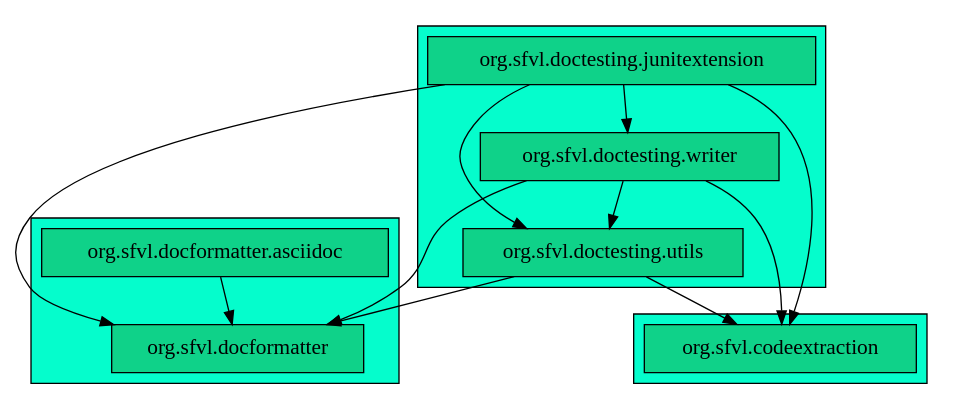
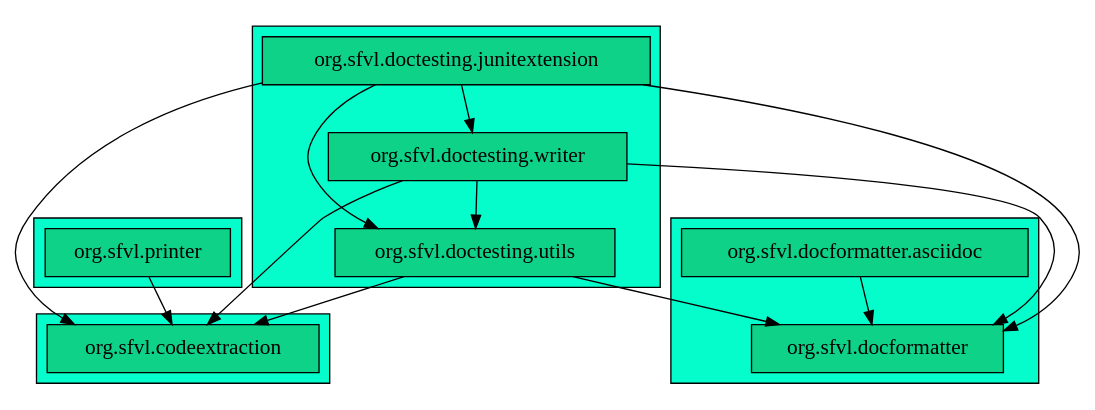
The diagram in documentationtesting/src/test/docs/org/sfvl/development/_ProjectOrganization.package_dependencies.approved.adoc (sfauvel/documentationtesting), drawn with Graphviz before and after one commit. The commit also changed 18 other files, not shown here.

```diff
--- a/documentationtesting/src/test/docs/org/sfvl/development/_ProjectOrganization.package_dependencies.approved.adoc
+++ b/documentationtesting/src/test/docs/org/sfvl/development/_ProjectOrganization.package_dependencies.approved.adoc
@@ -8,33 +8,38 @@
 [graphviz]
 ----
 digraph g {
     rankdir=TD;
     node [margin=0.1 fontcolor=black fontsize=16 width=0.5 shape=rect style=filled fillcolor="#0fd289"]
+    subgraph cluster_printer {
+        bgcolor="#05fdCC";
+        "org.sfvl.printer"
+    }
     subgraph cluster_codeextraction {
         bgcolor="#05fdCC";
         "org.sfvl.codeextraction"
     }
     subgraph cluster_docformatter {
         bgcolor="#05fdCC";
         "org.sfvl.docformatter.asciidoc"
         "org.sfvl.docformatter"
     }
     subgraph cluster_doctesting {
         bgcolor="#05fdCC";
         "org.sfvl.doctesting.utils"
         "org.sfvl.doctesting.writer"
         "org.sfvl.doctesting.junitextension"
     }
     
     "org.sfvl.docformatter.asciidoc" -> "org.sfvl.docformatter"
     "org.sfvl.doctesting.junitextension" -> "org.sfvl.codeextraction"
     "org.sfvl.doctesting.junitextension" -> "org.sfvl.docformatter"
     "org.sfvl.doctesting.junitextension" -> "org.sfvl.doctesting.utils"
     "org.sfvl.doctesting.junitextension" -> "org.sfvl.doctesting.writer"
     "org.sfvl.doctesting.utils" -> "org.sfvl.codeextraction"
     "org.sfvl.doctesting.utils" -> "org.sfvl.docformatter"
     "org.sfvl.doctesting.writer" -> "org.sfvl.codeextraction"
     "org.sfvl.doctesting.writer" -> "org.sfvl.docformatter"
     "org.sfvl.doctesting.writer" -> "org.sfvl.doctesting.utils"
+    "org.sfvl.printer" -> "org.sfvl.codeextraction"
 }
 ----
```
